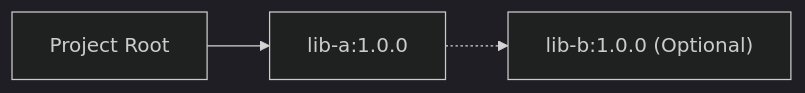
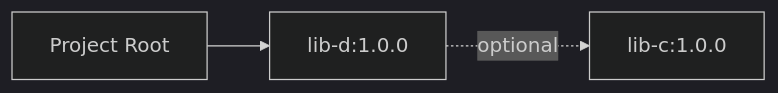
Before and after one commit to JavaDependencyHell/fieldguide: the diagram in demos/sbt-demo/scenario-8-optional/guide.qmd, drawn with Mermaid (dark theme). The commit also changed other lines of this file and 208 other files, not shown here.

````diff
--- a/demos/sbt-demo/scenario-8-optional/guide.qmd
+++ b/demos/sbt-demo/scenario-8-optional/guide.qmd
@@ -19,6 +19,6 @@
 ```{mermaid}
 %%| fig-width: 4.4
 graph LR
-    Root[Project Root] --> LibA["lib-a:1.0.0"]
-    LibA -.-> LibB["lib-b:1.0.0 (Optional)"]
+    Root[Project Root] --> LibD["lib-d:1.0.0"]
+    LibD -.->|optional| LibC["lib-c:1.0.0"]
 ```
````
